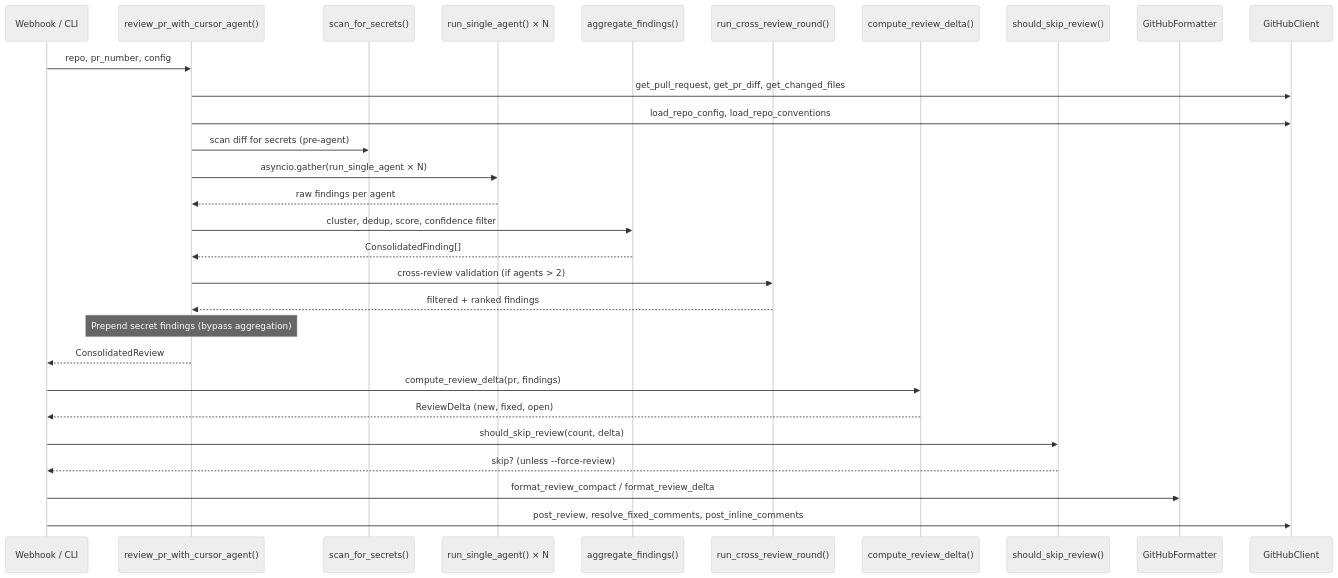
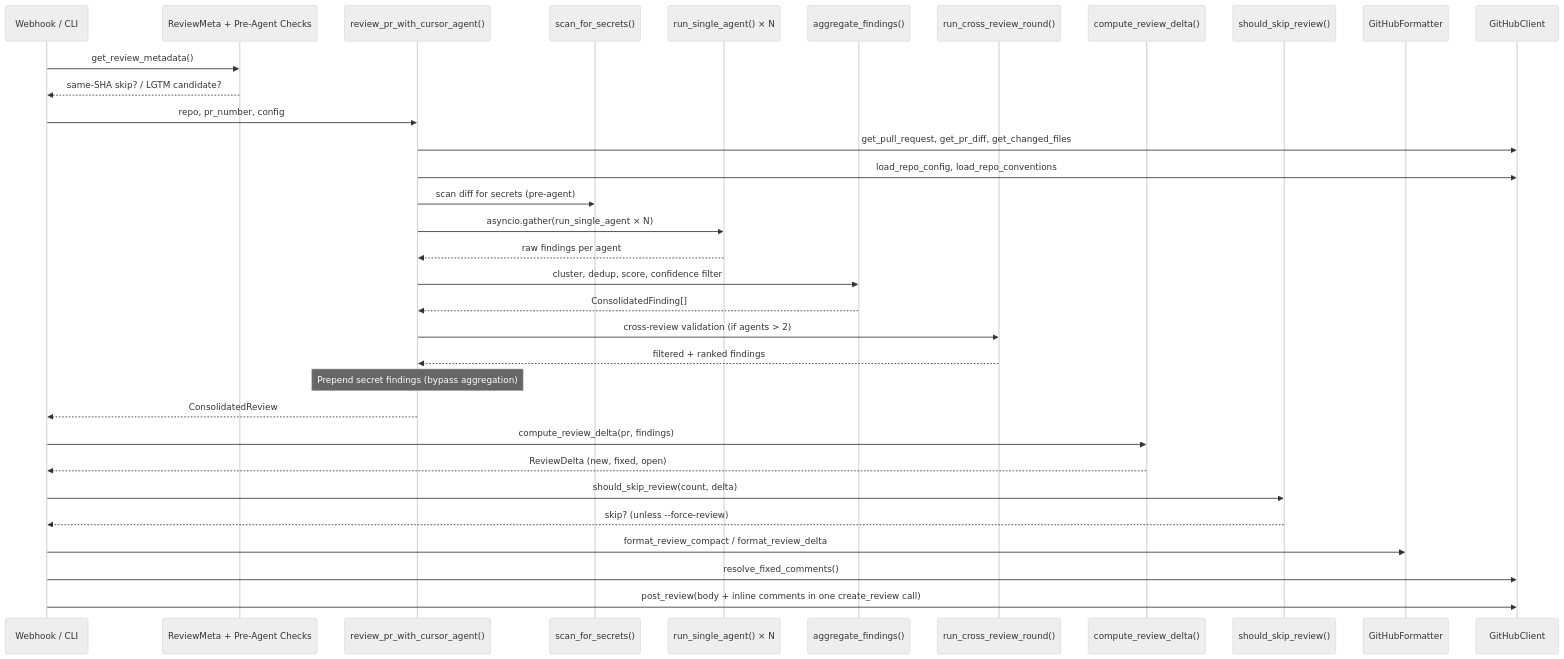
The second of 5 diagrams in docs/ARCHITECTURE.md (calimero-network/ai-code-reviewer), drawn with Mermaid (neutral theme) before and after one commit. The commit also changed other lines of this file, not shown here.

First line of the commit message:
docs: update architecture documentation to clarify review process and LGTM logic

````diff
--- a/docs/ARCHITECTURE.md
+++ b/docs/ARCHITECTURE.md
@@ -75,33 +79,37 @@
 ```mermaid
 sequenceDiagram
     participant Trigger as Webhook / CLI
+    participant Meta as ReviewMeta + Pre-Agent Checks
     participant Review as review_pr_with_cursor_agent()
     participant Secret as scan_for_secrets()
     participant Agent as run_single_agent() × N
     participant Agg as aggregate_findings()
     participant XR as run_cross_review_round()
     participant Delta as compute_review_delta()
     participant Conv as should_skip_review()
     participant Fmt as GitHubFormatter
     participant GH as GitHubClient
 
+    Trigger->>Meta: get_review_metadata()
+    Meta-->>Trigger: same-SHA skip? / LGTM candidate?
     Trigger->>Review: repo, pr_number, config
     Review->>GH: get_pull_request, get_pr_diff, get_changed_files
     Review->>GH: load_repo_config, load_repo_conventions
     Review->>Secret: scan diff for secrets (pre-agent)
     Review->>Agent: asyncio.gather(run_single_agent × N)
     Agent-->>Review: raw findings per agent
     Review->>Agg: cluster, dedup, score, confidence filter
     Agg-->>Review: ConsolidatedFinding[]
     Review->>XR: cross-review validation (if agents > 2)
     XR-->>Review: filtered + ranked findings
     Note over Review: Prepend secret findings (bypass aggregation)
     Review-->>Trigger: ConsolidatedReview
 
     Trigger->>Delta: compute_review_delta(pr, findings)
     Delta-->>Trigger: ReviewDelta (new, fixed, open)
     Trigger->>Conv: should_skip_review(count, delta)
     Conv-->>Trigger: skip? (unless --force-review)
     Trigger->>Fmt: format_review_compact / format_review_delta
-    Trigger->>GH: post_review, resolve_fixed_comments, post_inline_comments
+    Trigger->>GH: resolve_fixed_comments()
+    Trigger->>GH: post_review(body + inline comments in one create_review call)
 ```
````
